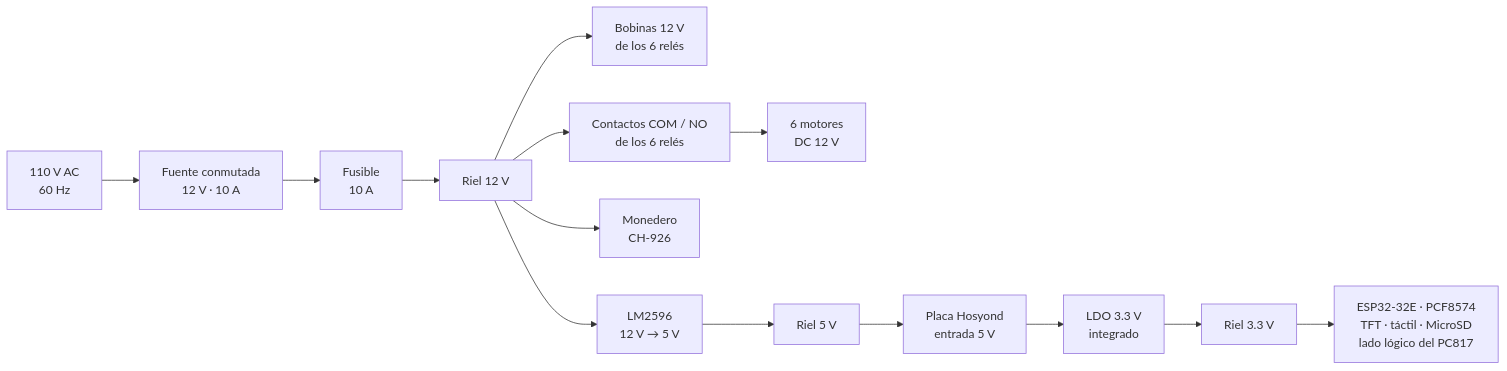
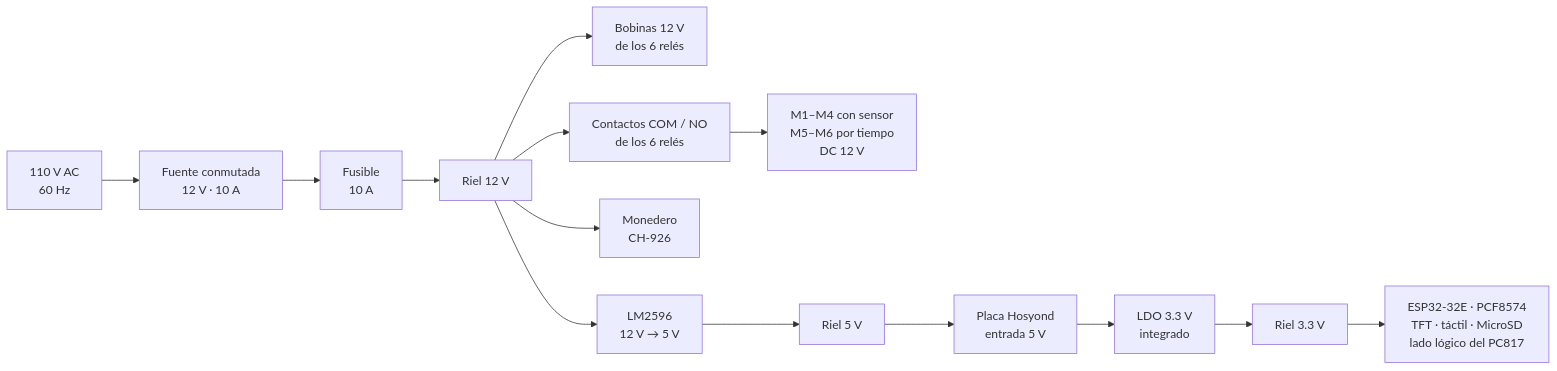
Before and after one commit to yeremybautista77/Maquina_Expendedora: the second of 3 diagrams in Diseño_electronico/ARQUITECTURA_HARDWARE.md, drawn with Mermaid. The commit also changed other lines of this file and 5 other files, not shown here.

````diff
--- a/Diseño_electronico/ARQUITECTURA_HARDWARE.md
+++ b/Diseño_electronico/ARQUITECTURA_HARDWARE.md
@@ -139,16 +150,16 @@
 ```mermaid
 graph LR
     AC["110 V AC<br/>60 Hz"] --> PSU["Fuente conmutada<br/>12 V · 10 A"]
     PSU --> FUSE["Fusible<br/>10 A"]
     FUSE --> R12["Riel 12 V"]
     R12 --> COILS["Bobinas 12 V<br/>de los 6 relés"]
     R12 --> COM["Contactos COM / NO<br/>de los 6 relés"]
-    COM --> MOT["6 motores<br/>DC 12 V"]
+    COM --> MOT["M1–M4 con sensor<br/>M5–M6 por tiempo<br/>DC 12 V"]
     R12 --> COIN["Monedero<br/>CH-926"]
     R12 --> BUCK["LM2596<br/>12 V → 5 V"]
     BUCK --> R5["Riel 5 V"]
     R5 --> BOARD["Placa Hosyond<br/>entrada 5 V"]
     BOARD --> LDO["LDO 3.3 V<br/>integrado"]
     LDO --> R33["Riel 3.3 V"]
     R33 --> LOADS["ESP32-32E · PCF8574<br/>TFT · táctil · MicroSD<br/>lado lógico del PC817"]
 ```
````
